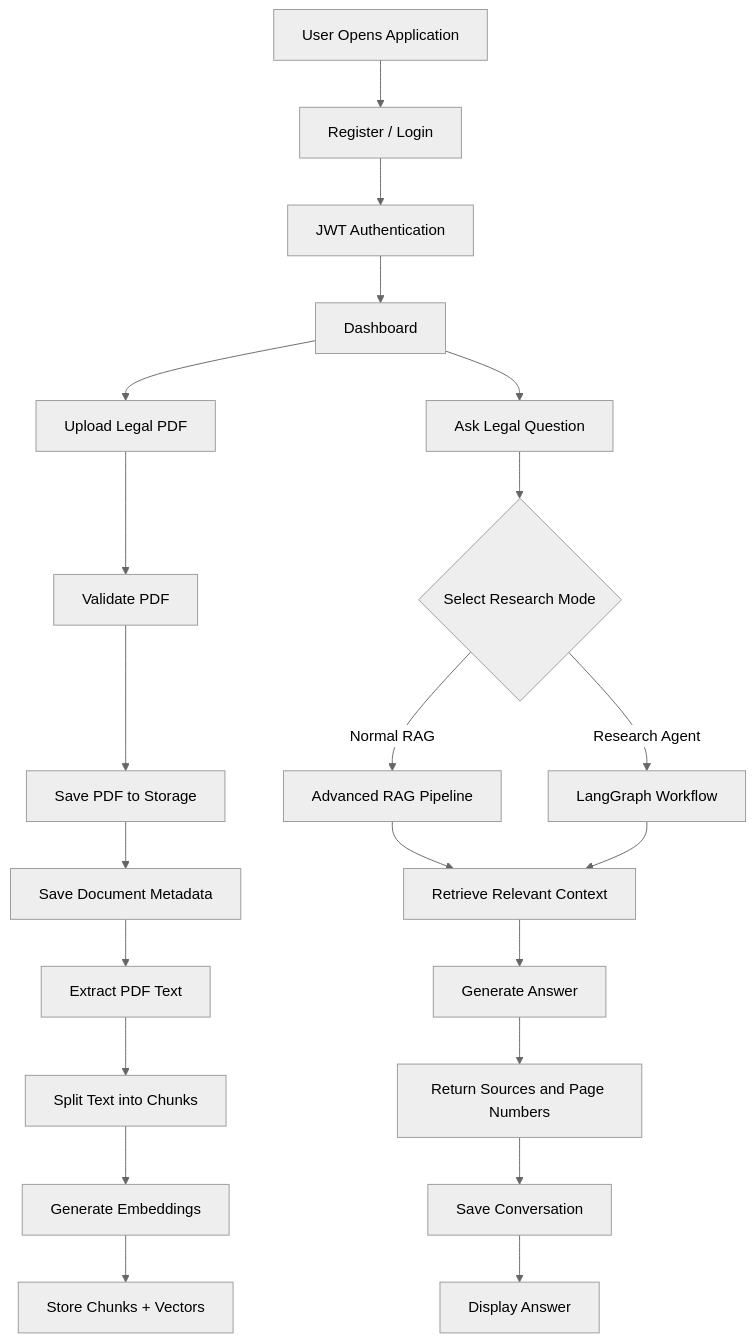
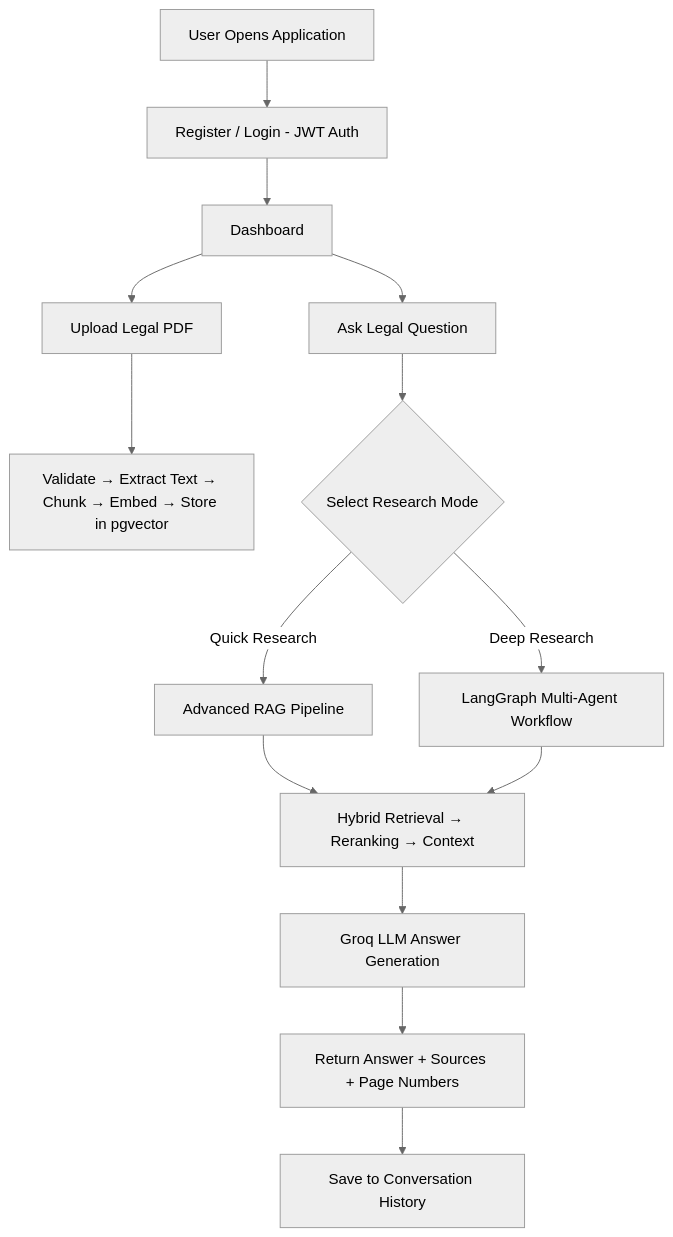
One commit to ayushrajput545/NyayaAI changed the first of 6 diagrams in Readme.md. Above: the diagram before and after it, drawn with Mermaid (neutral theme). The commit also changed other lines of this file, not shown here.

````diff
--- a/Readme.md
+++ b/Readme.md
@@ -341,29 +158,21 @@
 ```mermaid
 flowchart TD
-    A["User Opens Application"] --> B["Register / Login"]
-    B --> C["JWT Authentication"]
-    C --> D["Dashboard"]
-    
+    A["User Opens Application"] --> B["Register / Login - JWT Auth"]
+    B --> D["Dashboard"]
+
     D --> E["Upload Legal PDF"]
-    E --> F["Validate PDF"]
-    F --> G["Save PDF to Storage"]
-    G --> H["Save Document Metadata"]
-    H --> I["Extract PDF Text"]
-    I --> J["Split Text into Chunks"]
-    J --> K["Generate Embeddings"]
-    K --> L["Store Chunks + Vectors"]
-    
+    E --> F["Validate → Extract Text → Chunk → Embed → Store in pgvector"]
+
     D --> M["Ask Legal Question"]
     M --> N{"Select Research Mode"}
-    
-    N -->|"Normal RAG"| O["Advanced RAG Pipeline"]
-    N -->|"Research Agent"| P["LangGraph Workflow"]
-    
-    O --> Q["Retrieve Relevant Context"]
+
+    N -->|"Quick Research"| O["Advanced RAG Pipeline"]
+    N -->|"Deep Research"| P["LangGraph Multi-Agent Workflow"]
+
+    O --> Q["Hybrid Retrieval → Reranking → Context"]
     P --> Q
-    
-    Q --> R["Generate Answer"]
-    R --> S["Return Sources and Page Numbers"]
-    S --> T["Save Conversation"]
-    T --> U["Display Answer"]
+
+    Q --> R["Groq LLM Answer Generation"]
+    R --> S["Return Answer + Sources + Page Numbers"]
+    S --> T["Save to Conversation History"]
 ```
````
